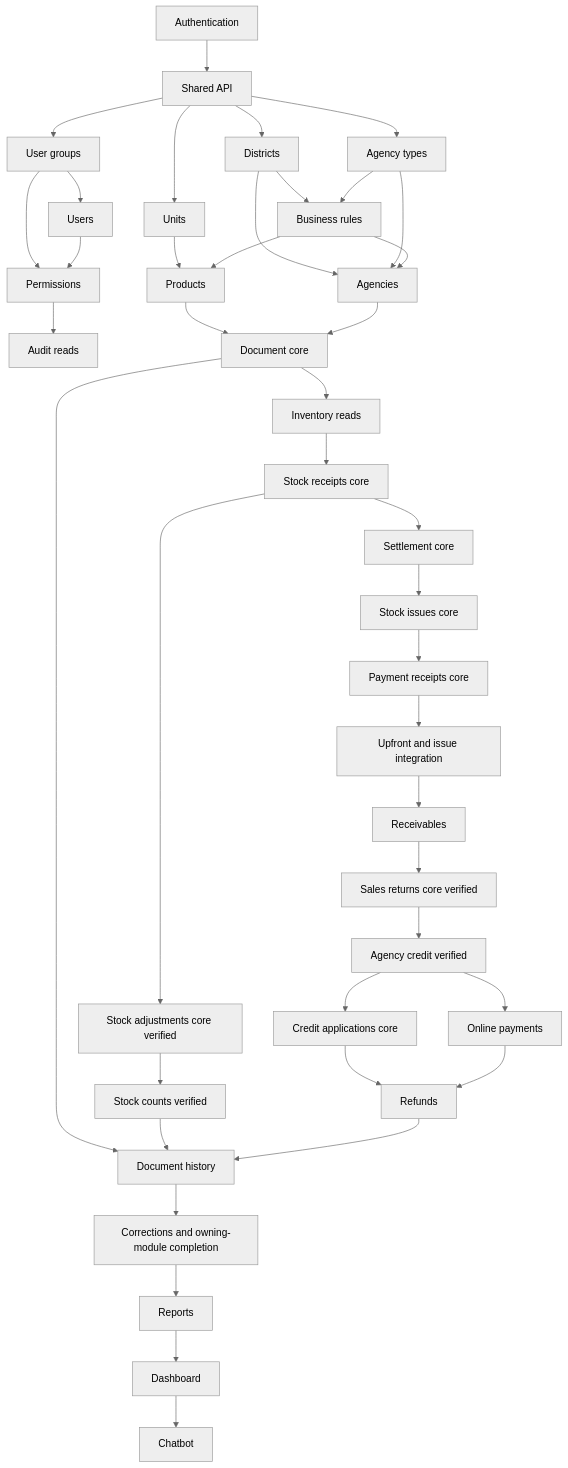
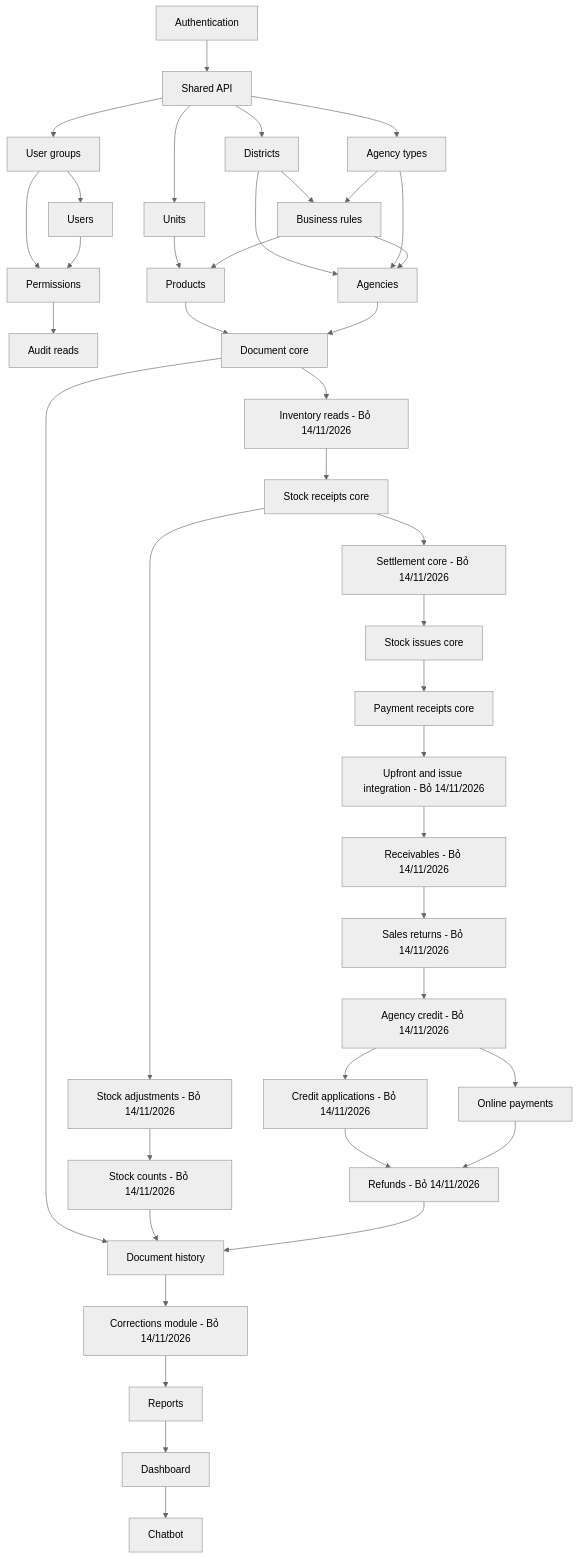
The diagram in openwiki/backend-design/GENERAL_PLAN.md (2nguyen3/dealer-management-system), drawn with Mermaid (neutral theme) before and after one commit. The commit also changed other lines of this file and 18 other files, not shown here.

````diff
--- a/openwiki/backend-design/GENERAL_PLAN.md
+++ b/openwiki/backend-design/GENERAL_PLAN.md
@@ -287,43 +329,43 @@
 ```mermaid
 flowchart TD
   M01[Authentication] --> M02[Shared API]
   M02 --> M03[User groups]
   M03 --> M04[Users]
   M03 --> M05[Permissions]
   M04 --> M05
   M05 --> M06[Audit reads]
   M02 --> M07[Districts]
   M02 --> M08[Agency types]
   M02 --> M09[Units]
   M07 --> M10[Business rules]
   M08 --> M10
   M09 --> M11[Products]
   M10 --> M11
   M07 --> M12[Agencies]
   M08 --> M12
   M10 --> M12
   M11 --> M13[Document core]
   M12 --> M13
-  M13 --> M14[Inventory reads]
+  M13 --> M14[Inventory reads - Bỏ 14/11/2026]
   M14 --> M15[Stock receipts core]
-  M15 --> M16[Settlement core]
+  M15 --> M16[Settlement core - Bỏ 14/11/2026]
   M16 --> M17[Stock issues core]
   M17 --> M18[Payment receipts core]
-  M18 --> M19[Upfront and issue integration]
-  M19 --> M20[Receivables]
-  M15 --> M21[Stock adjustments core verified]
-  M21 --> M22[Stock counts verified]
-  M20 --> M23[Sales returns core verified]
-  M23 --> M24[Agency credit verified]
-  M24 --> M25[Credit applications core]
+  M18 --> M19[Upfront and issue integration - Bỏ 14/11/2026]
+  M19 --> M20[Receivables - Bỏ 14/11/2026]
+  M15 --> M21[Stock adjustments - Bỏ 14/11/2026]
+  M21 --> M22[Stock counts - Bỏ 14/11/2026]
+  M20 --> M23[Sales returns - Bỏ 14/11/2026]
+  M23 --> M24[Agency credit - Bỏ 14/11/2026]
+  M24 --> M25[Credit applications - Bỏ 14/11/2026]
   M24 --> M26[Online payments]
-  M25 --> M27[Refunds]
+  M25 --> M27[Refunds - Bỏ 14/11/2026]
   M26 --> M27
   M13 --> M28[Document history]
   M22 --> M28
   M27 --> M28
-  M28 --> M29[Corrections and owning-module completion]
+  M28 --> M29[Corrections module - Bỏ 14/11/2026]
   M29 --> M30[Reports]
   M30 --> M31[Dashboard]
   M31 --> M32[Chatbot]
 ```
````
